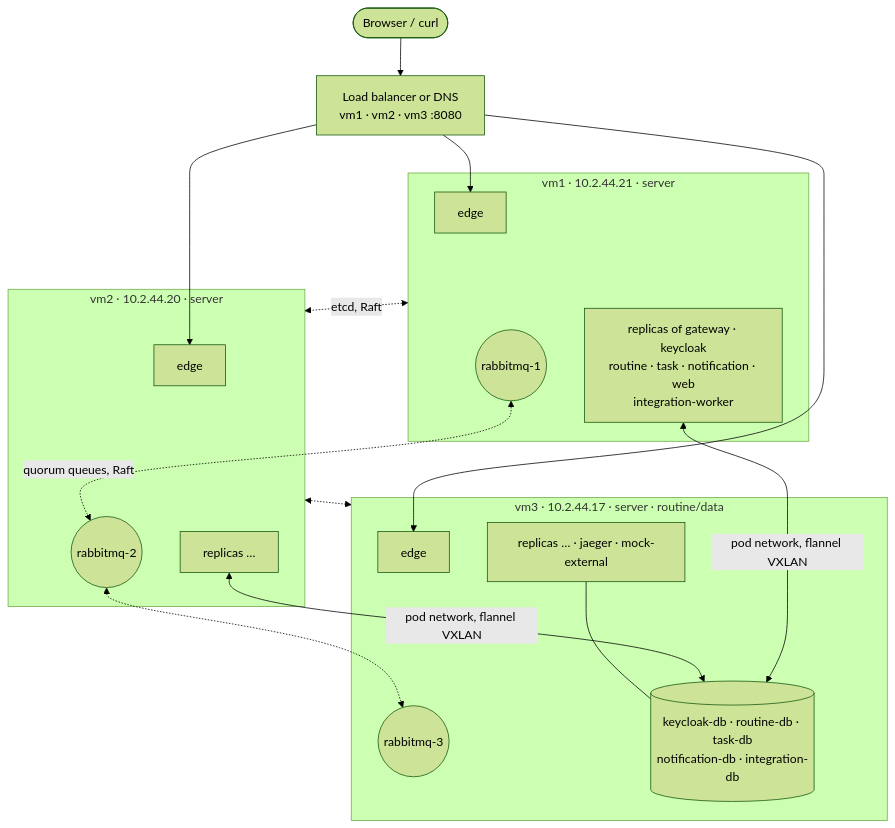
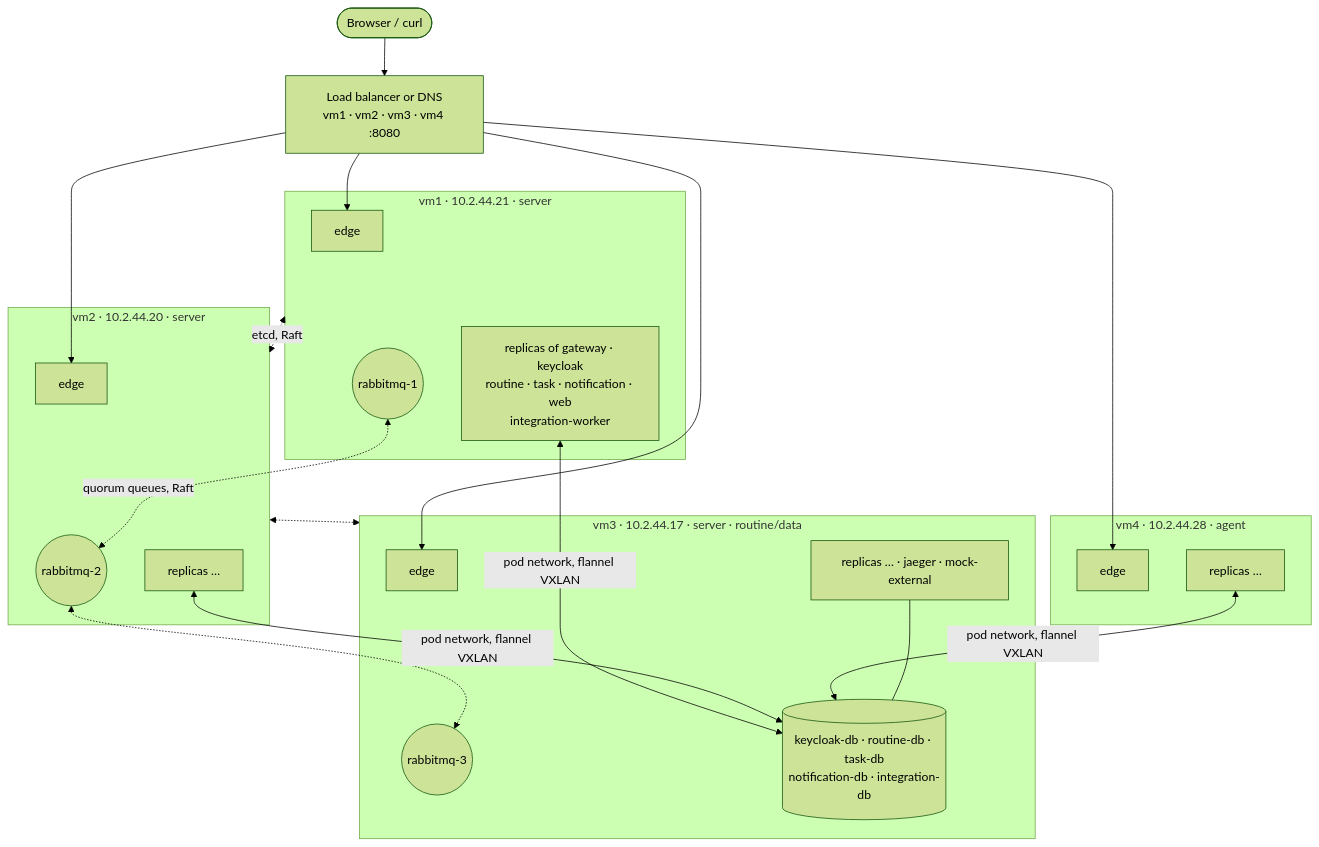
One commit to sxpersxnic/tbz-m321-routine changed the diagram in docs/deployment.md. Above: the diagram before and after it, drawn with Mermaid (forest theme). The commit also changed other lines of this file and 8 other files, not shown here.

````diff
--- a/docs/deployment.md
+++ b/docs/deployment.md
@@ -25,24 +26,28 @@
 ```mermaid
 flowchart TB
-    U([Browser / curl]) --> LB[Load balancer or DNS<br/>vm1 · vm2 · vm3 :8080]
-    LB --> E1 & E2 & E3
+    U([Browser / curl]) --> LB[Load balancer or DNS<br/>vm1 · vm2 · vm3 · vm4 :8080]
+    LB --> E1 & E2 & E3 & E4
 
     subgraph VM1[vm1 · 10.2.44.21 · server]
       E1[edge] ~~~ R1((rabbitmq-1))
       S1[replicas of gateway · keycloak<br/>routine · task · notification · web<br/>integration-worker]
     end
     subgraph VM2[vm2 · 10.2.44.20 · server]
       E2[edge] ~~~ R2((rabbitmq-2))
       S2[replicas …]
     end
     subgraph VM3[vm3 · 10.2.44.17 · server · routine/data]
       E3[edge] ~~~ R3((rabbitmq-3))
       DB[(keycloak-db · routine-db · task-db<br/>notification-db · integration-db)]
       S3[replicas … · jaeger · mock-external]
     end
+    subgraph VM4[vm4 · 10.2.44.28 · agent]
+      E4[edge]
+      S4[replicas …]
+    end
 
     R1 <-.->|quorum queues, Raft| R2 <-.-> R3
     VM1 <-.->|etcd, Raft| VM2 <-.-> VM3
-    S1 & S2 <-->|pod network, flannel VXLAN| DB
+    S1 & S2 & S4 <-->|pod network, flannel VXLAN| DB
     S3 --- DB
 ```
````
